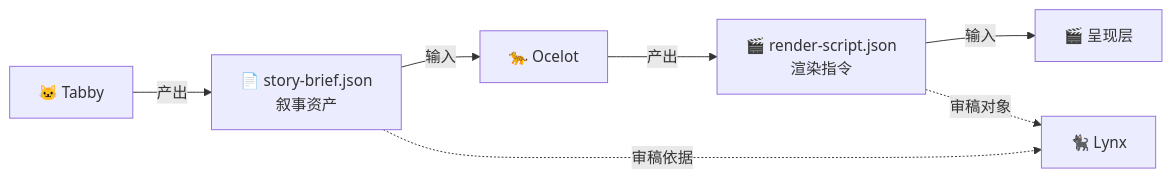
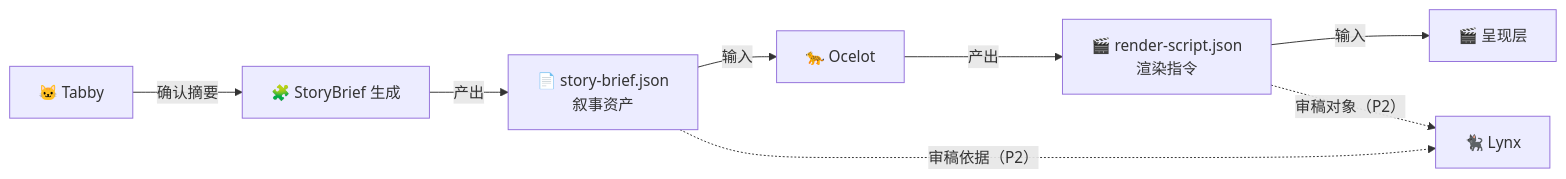
One commit to chiimagnus/LihuaCat changed the second of 2 diagrams in .github/docs/LihuaCat 产品地基.md. Above: the diagram before and after it, drawn with Mermaid. The commit also changed other lines of this file and 3 other files, not shown here.

Commit message:
docs: 更新业务流程图并补充提交与 PR 规范

````diff
--- a/.github/docs/LihuaCat 产品地基.md
+++ b/.github/docs/LihuaCat 产品地基.md
@@ -242,9 +247,10 @@
 ```mermaid
 flowchart LR
-    Tabby["🐱 Tabby"] -->|"产出"| SB["📄 story-brief.json<br>叙事资产"]
+    Tabby["🐱 Tabby"] -->|"确认摘要"| BriefGen["🧩 StoryBrief 生成"]
+    BriefGen -->|"产出"| SB["📄 story-brief.json<br>叙事资产"]
     SB -->|"输入"| Ocelot["🐆 Ocelot"]
     Ocelot -->|"产出"| RS["🎬 render-script.json<br>渲染指令"]
     RS -->|"输入"| Render["🎬 呈现层"]
-    SB -.->|"审稿依据"| Lynx["🐈‍⬛ Lynx"]
-    RS -.->|"审稿对象"| Lynx
+    SB -.->|"审稿依据（P2）"| Lynx["🐈‍⬛ Lynx"]
+    RS -.->|"审稿对象（P2）"| Lynx
 ```
````
